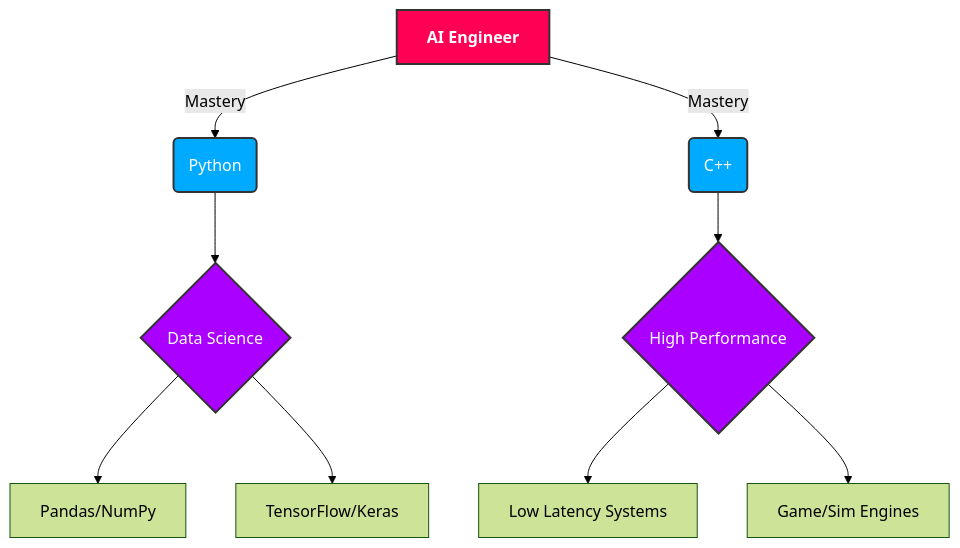
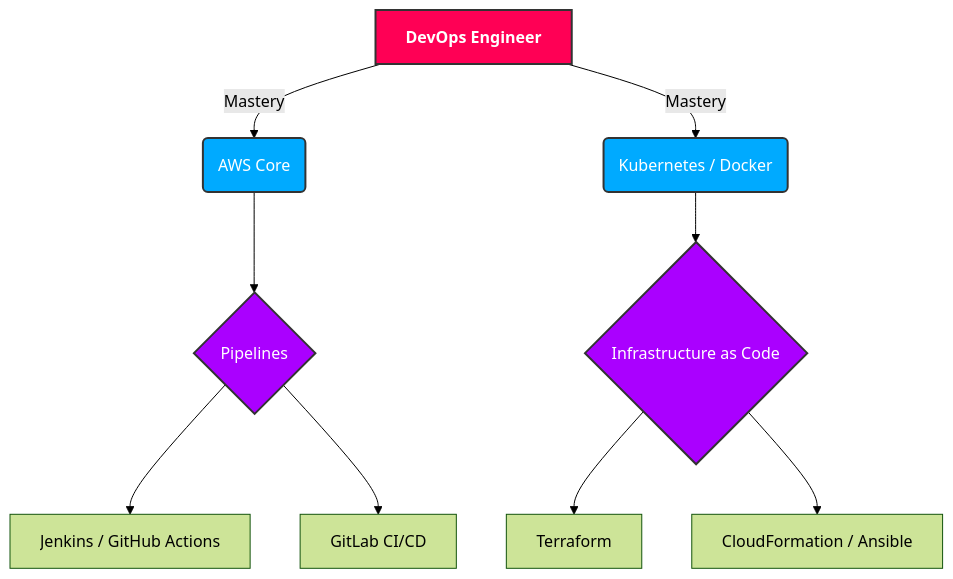
Before and after one commit to shailendra043/shailendra043: the diagram in README.md, drawn with Mermaid (forest theme). The commit also changed other lines of this file, not shown here.

````diff
--- a/README.md
+++ b/README.md
@@ -58,17 +49,17 @@
 ```mermaid
 graph TD;
-    A[<b>AI Engineer</b>] -->|Mastery| B(Python);
-    A -->|Mastery| C(C++);
-    B --> D{Data Science};
-    C --> E{High Performance};
-    D --> F[Pandas/NumPy];
-    D --> G[TensorFlow/Keras];
-    E --> H[Low Latency Systems];
-    E --> I[Game/Sim Engines];
+    A[<b>DevOps Engineer</b>] -->|Mastery| B(AWS Core);
+    A -->|Mastery| C(Kubernetes / Docker);
+    B --> D{Pipelines};
+    C --> E{Infrastructure as Code};
+    D --> F[Jenkins / GitHub Actions];
+    D --> G[GitLab CI/CD];
+    E --> H[Terraform];
+    E --> I[CloudFormation / Ansible];
     
     style A fill:#ff0055,stroke:#333,stroke-width:2px,color:#fff
     style B fill:#00aaff,stroke:#333,stroke-width:2px,color:#fff
     style C fill:#00aaff,stroke:#333,stroke-width:2px,color:#fff
     style D fill:#aa00ff,stroke:#333,stroke-width:2px,color:#fff
     style E fill:#aa00ff,stroke:#333,stroke-width:2px,color:#fff
 ```
````
